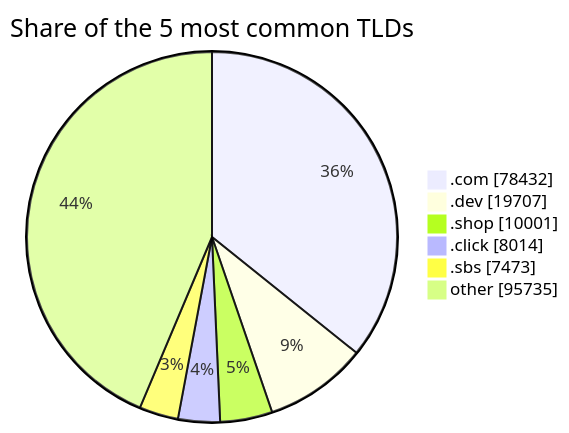
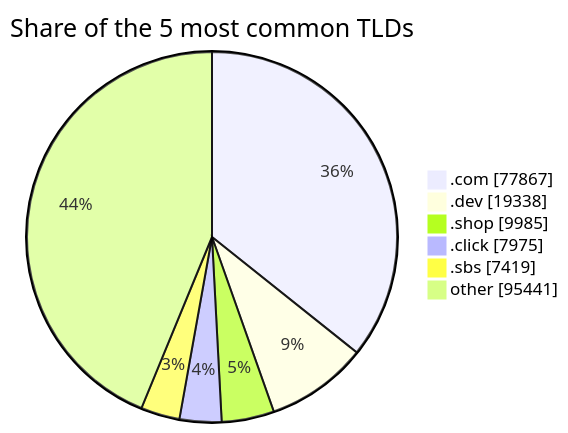
One commit to DNSBunker/CTI changed the third of 3 diagrams in README.md. Above: the diagram before and after it, drawn with Mermaid. The commit also changed other lines of this file and 3 other files, not shown here.

````diff
--- a/README.md
+++ b/README.md
@@ -81,9 +81,9 @@
 ```mermaid
 pie showData title Share of the 5 most common TLDs
-    ".com" : 78432
-    ".dev" : 19707
-    ".shop" : 10001
-    ".click" : 8014
-    ".sbs" : 7473
-    "other" : 95735
+    ".com" : 77867
+    ".dev" : 19338
+    ".shop" : 9985
+    ".click" : 7975
+    ".sbs" : 7419
+    "other" : 95441
 ```
````
